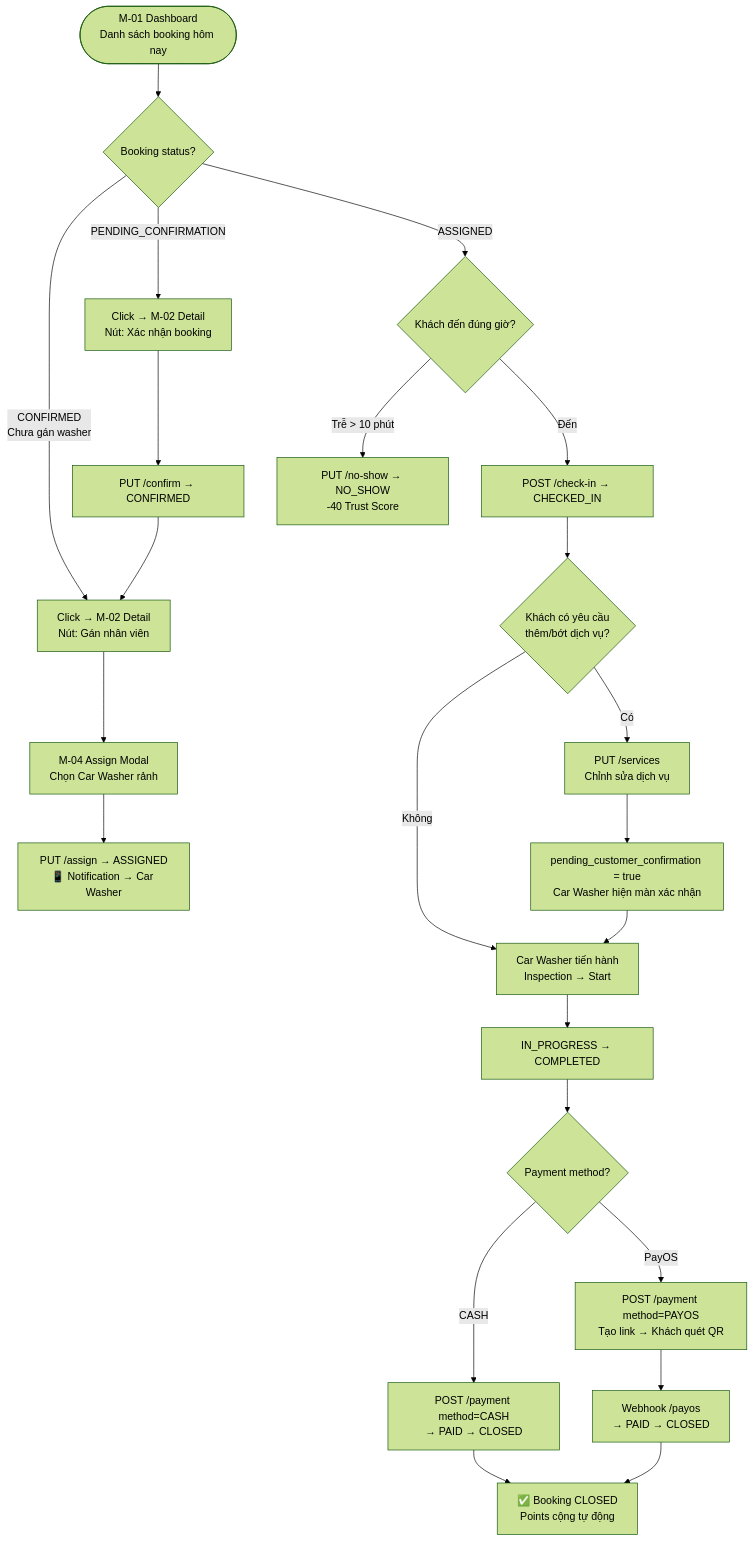
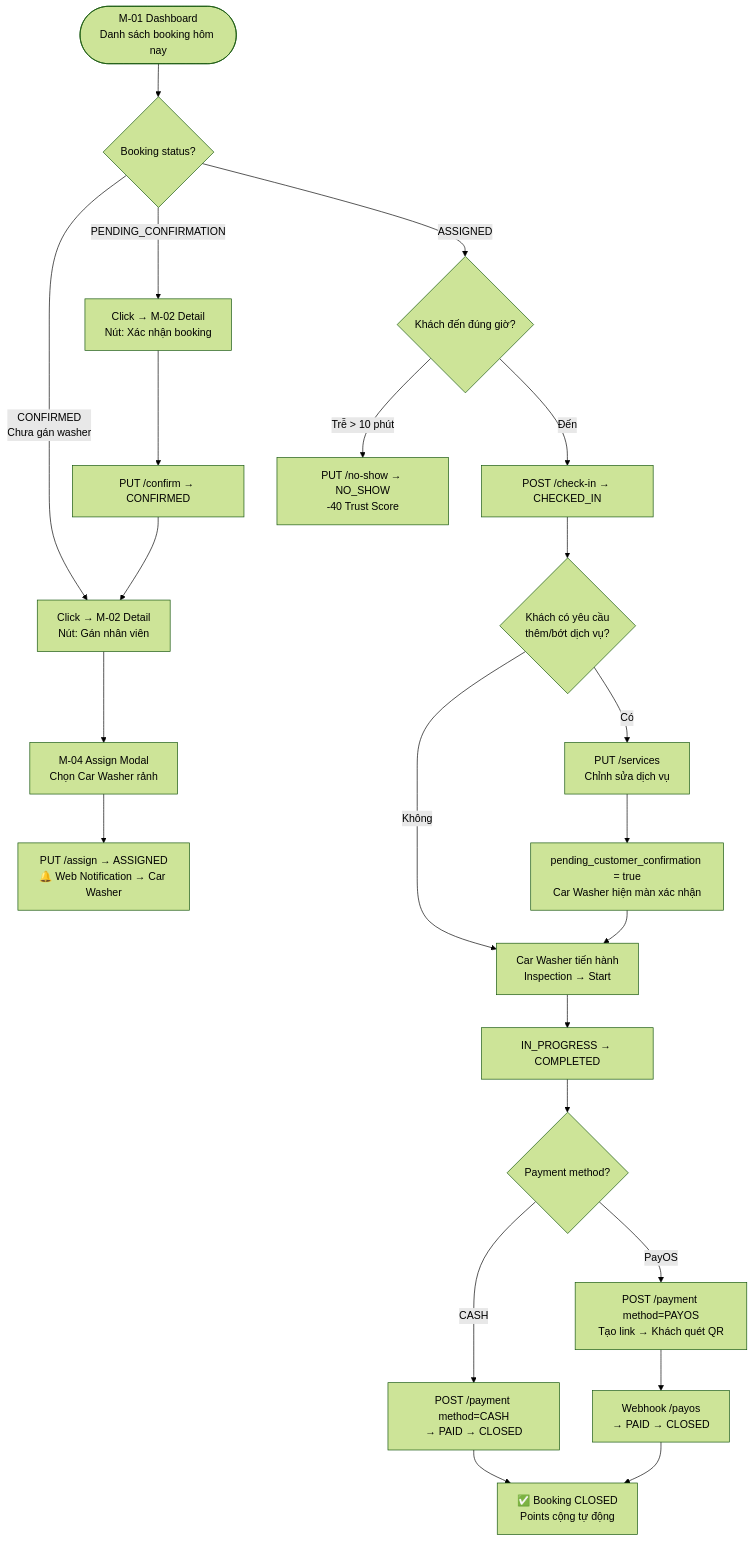
The fourth of 6 diagrams in docs/ui_flow_wireframe.md (autowashpro/AutoWash_Pro), drawn with Mermaid (forest theme) before and after one commit. The commit also changed other lines of this file and 5 other files, not shown here.

````diff
--- a/docs/ui_flow_wireframe.md
+++ b/docs/ui_flow_wireframe.md
@@ -215,25 +206,25 @@
 ```mermaid
 flowchart TD
     A([M-01 Dashboard\nDanh sách booking hôm nay]) --> B{Booking status?}
     B -->|PENDING_CONFIRMATION| C[Click → M-02 Detail\nNút: Xác nhận booking]
     C --> D[PUT /confirm → CONFIRMED]
     B -->|CONFIRMED\nChưa gán washer| E[Click → M-02 Detail\nNút: Gán nhân viên]
     E --> F[M-04 Assign Modal\nChọn Car Washer rảnh]
-    F --> G[PUT /assign → ASSIGNED\n📱 Notification → Car Washer]
+    F --> G[PUT /assign → ASSIGNED\n🔔 Web Notification → Car Washer]
     D --> E
     B -->|ASSIGNED| H{Khách đến đúng giờ?}
     H -->|Đến| I[POST /check-in → CHECKED_IN]
     H -->|Trễ > 10 phút| J[PUT /no-show → NO_SHOW\n-40 Trust Score]
     I --> K{Khách có yêu cầu\nthêm/bớt dịch vụ?}
     K -->|Có| L[PUT /services\nChỉnh sửa dịch vụ]
     L --> M[pending_customer_confirmation = true\nCar Washer hiện màn xác nhận]
     K -->|Không| N[Car Washer tiến hành\nInspection → Start]
     M --> N
     N --> O[IN_PROGRESS → COMPLETED]
     O --> P{Payment method?}
     P -->|CASH| Q[POST /payment method=CASH\n→ PAID → CLOSED]
     P -->|PayOS| R[POST /payment method=PAYOS\nTạo link → Khách quét QR]
     R --> S[Webhook /payos\n→ PAID → CLOSED]
     Q --> T[✅ Booking CLOSED\nPoints cộng tự động]
     S --> T
 ```
````
